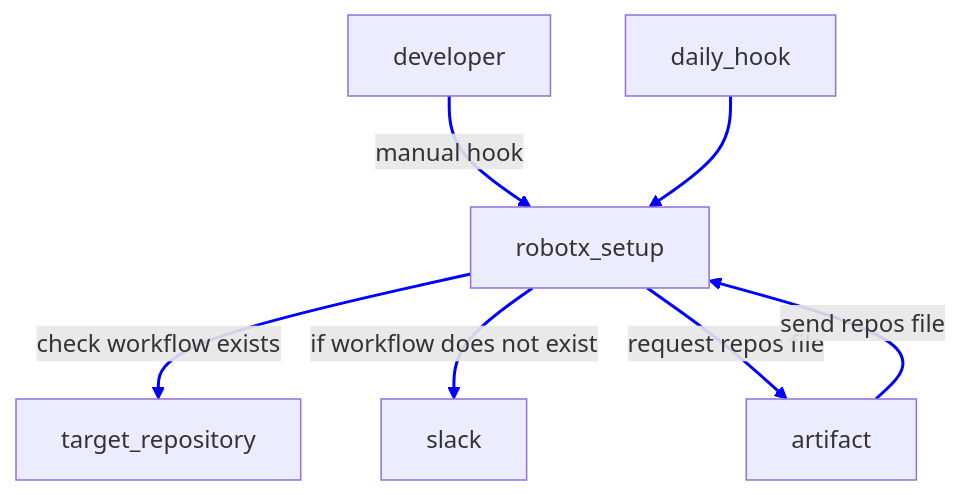
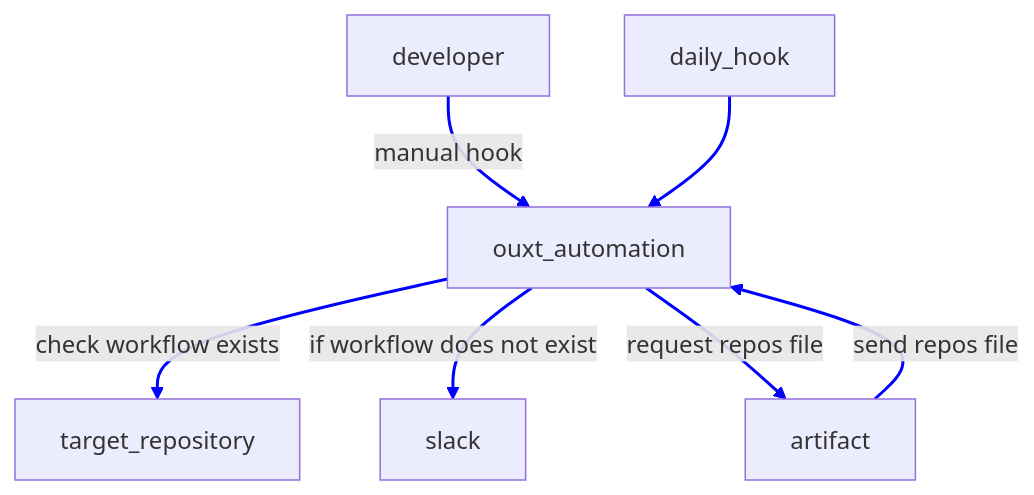
The fifth of 5 diagrams in docs/docs/automation_pipeline.md (OUXT-Polaris/ouxt_automation), drawn with Mermaid before and after one commit. The commit also changed other lines of this file and 5 other files, not shown here.

````diff
--- a/docs/docs/automation_pipeline.md
+++ b/docs/docs/automation_pipeline.md
@@ -93,18 +93,18 @@
 ```mermaid
 graph TB
-    developer --manual hook-->robotx_setup
-    daily_hook --> robotx_setup
-    robotx_setup -- check workflow exists --> target_repository
-    robotx_setup -- if workflow does not exist --> slack
-    robotx_setup -- request repos file --> artifact
-    artifact -- send repos file --> robotx_setup
+    developer --manual hook-->ouxt_automation
+    daily_hook --> ouxt_automation
+    ouxt_automation -- check workflow exists --> target_repository
+    ouxt_automation -- if workflow does not exist --> slack
+    ouxt_automation -- request repos file --> artifact
+    artifact -- send repos file --> ouxt_automation
 
     linkStyle 0 stroke-width:2px,stroke:blue;
     linkStyle 1 stroke-width:2px,stroke:blue;
     linkStyle 2 stroke-width:2px,stroke:blue;
     linkStyle 3 stroke-width:2px,stroke:blue;
     linkStyle 4 stroke-width:2px,stroke:blue;
     linkStyle 5 stroke-width:2px,stroke:blue;
 
-    click robotx_setup "https://github.com/OUXT-Polaris/robotx_setup" "robotx_setup repository"
+    click ouxt_automation "https://github.com/OUXT-Polaris/ouxt_automation" "ouxt_automation repository"
 ```
````
